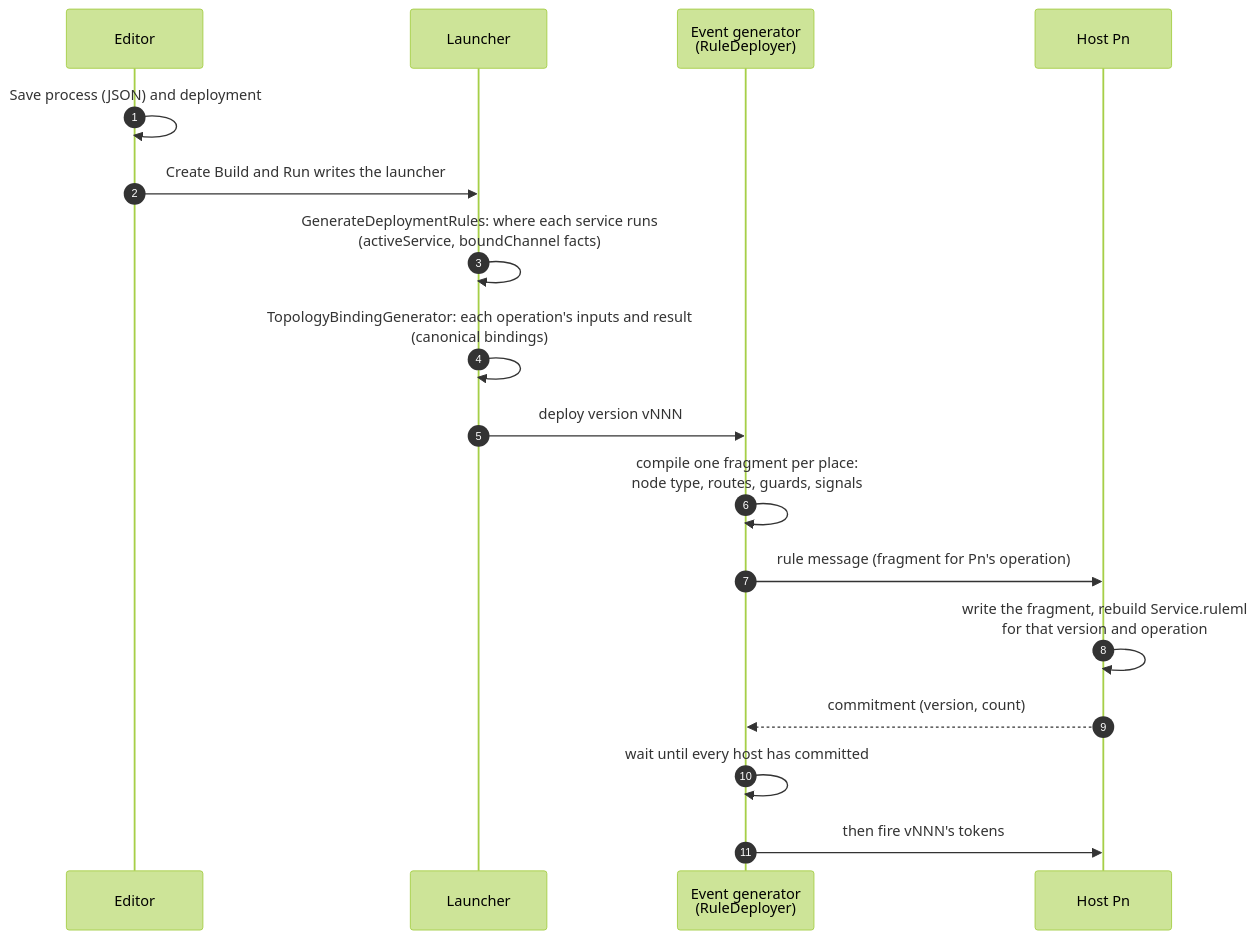
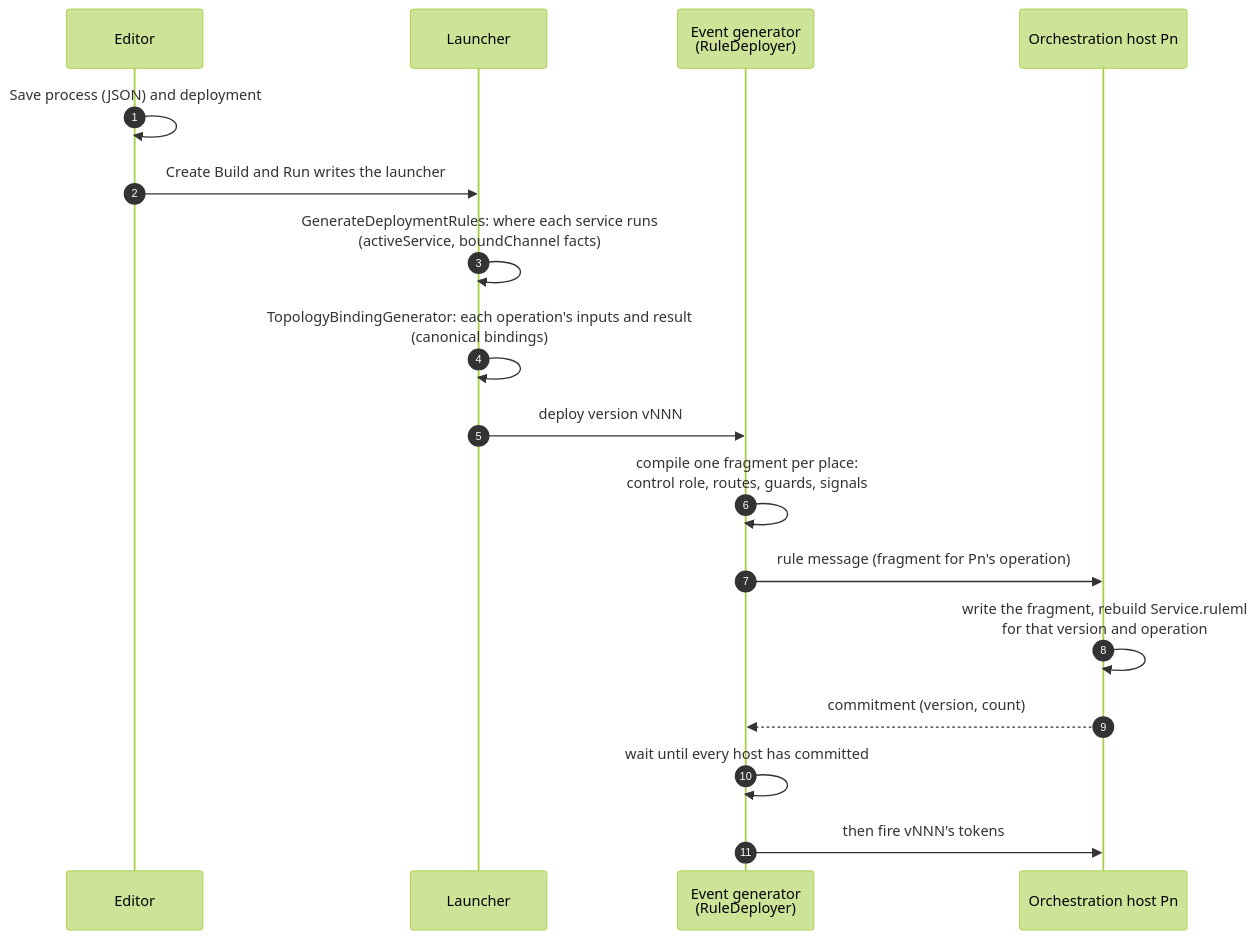
The third of 3 diagrams in Architecture.md (AlexanderAdelAU/Rule-Propagated-Service-Orchestration), drawn with Mermaid (forest theme) before and after one commit. The commit also changed other lines of this file and 1 other file, not shown here.

First line of the commit message:
Architecture.md: define the terms first and use them throughout

````diff
--- a/Architecture.md
+++ b/Architecture.md
@@ -100,19 +120,19 @@
 ```mermaid
 sequenceDiagram
     autonumber
     participant ED as Editor
     participant L as Launcher
     participant D as Event generator<br/>(RuleDeployer)
-    participant H as Host Pn
+    participant H as Orchestration host Pn
     ED->>ED: Save process (JSON) and deployment
     ED->>L: Create Build and Run writes the launcher
     L->>L: GenerateDeploymentRules: where each service runs<br/>(activeService, boundChannel facts)
     L->>L: TopologyBindingGenerator: each operation's inputs and result<br/>(canonical bindings)
     L->>D: deploy version vNNN
-    D->>D: compile one fragment per place:<br/>node type, routes, guards, signals
+    D->>D: compile one fragment per place:<br/>control role, routes, guards, signals
     D->>H: rule message (fragment for Pn's operation)
     H->>H: write the fragment, rebuild Service.ruleml<br/>for that version and operation
     H-->>D: commitment (version, count)
     D->>D: wait until every host has committed
     D->>H: then fire vNNN's tokens
 ```
````
